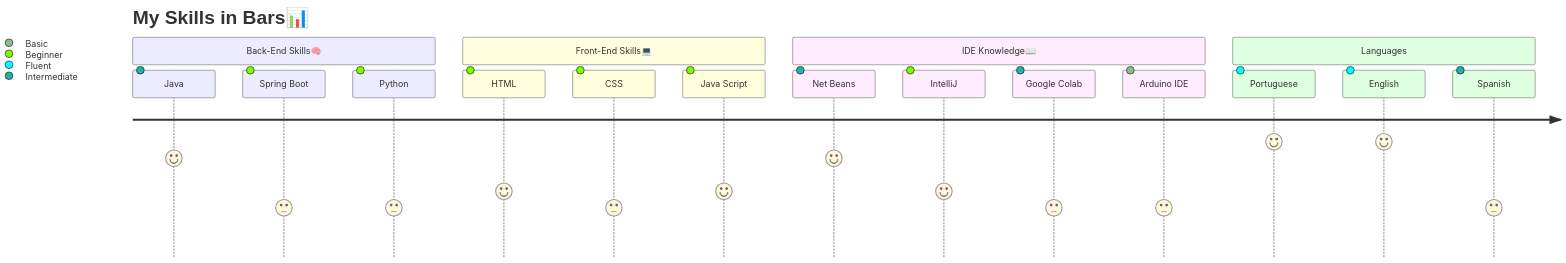
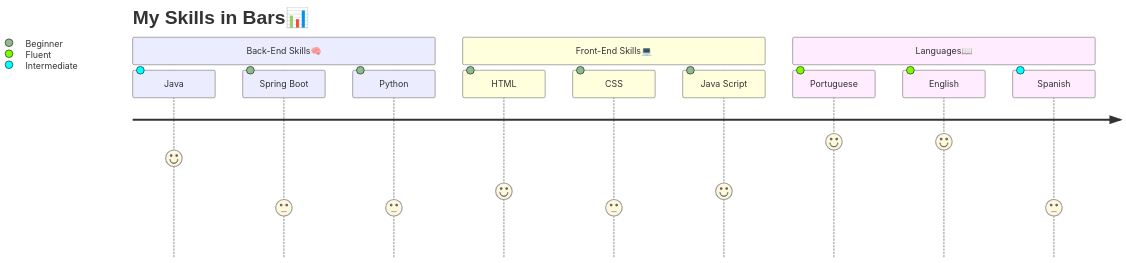
Before and after one commit to Breno-M-G/see-my-resume: the second of 2 diagrams in README.md, drawn with Mermaid.

Commit message:
Removendo_IDE_do_Journey

````diff
--- a/README.md
+++ b/README.md
@@ -43,21 +43,16 @@
 ``` mermaid
 journey
     title My Skills in Bars📊
      section Back-End Skills🧠
       Java: 6: Intermediate
       Spring Boot: 3: Beginner 
       Python: 3 : Beginner
     section Front-End Skills💻
       HTML: 4: Beginner
       CSS: 3: Beginner
       Java Script: 4: Beginner
-    section IDE Knowledge📖
-        Net Beans: 6: Intermediate
-        IntelliJ: 4 : Beginner
-        Google Colab: 3: Intermediate
-        Arduino IDE: 3: Basic
-    section Languages
+    section Languages📖
         Portuguese:7 : Fluent
         English: 7 : Fluent
         Spanish: 3: Intermediate
 ```
````
